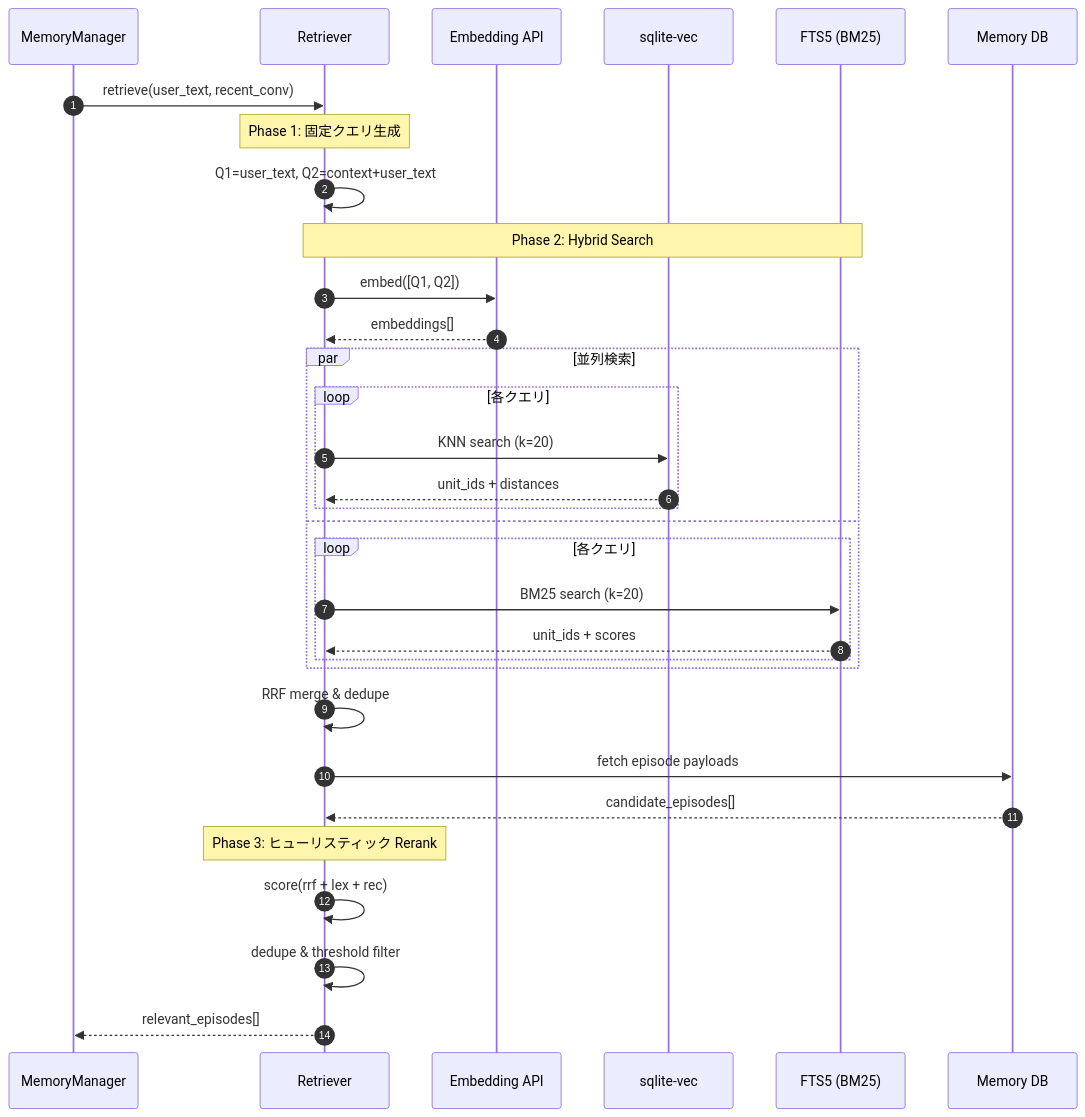
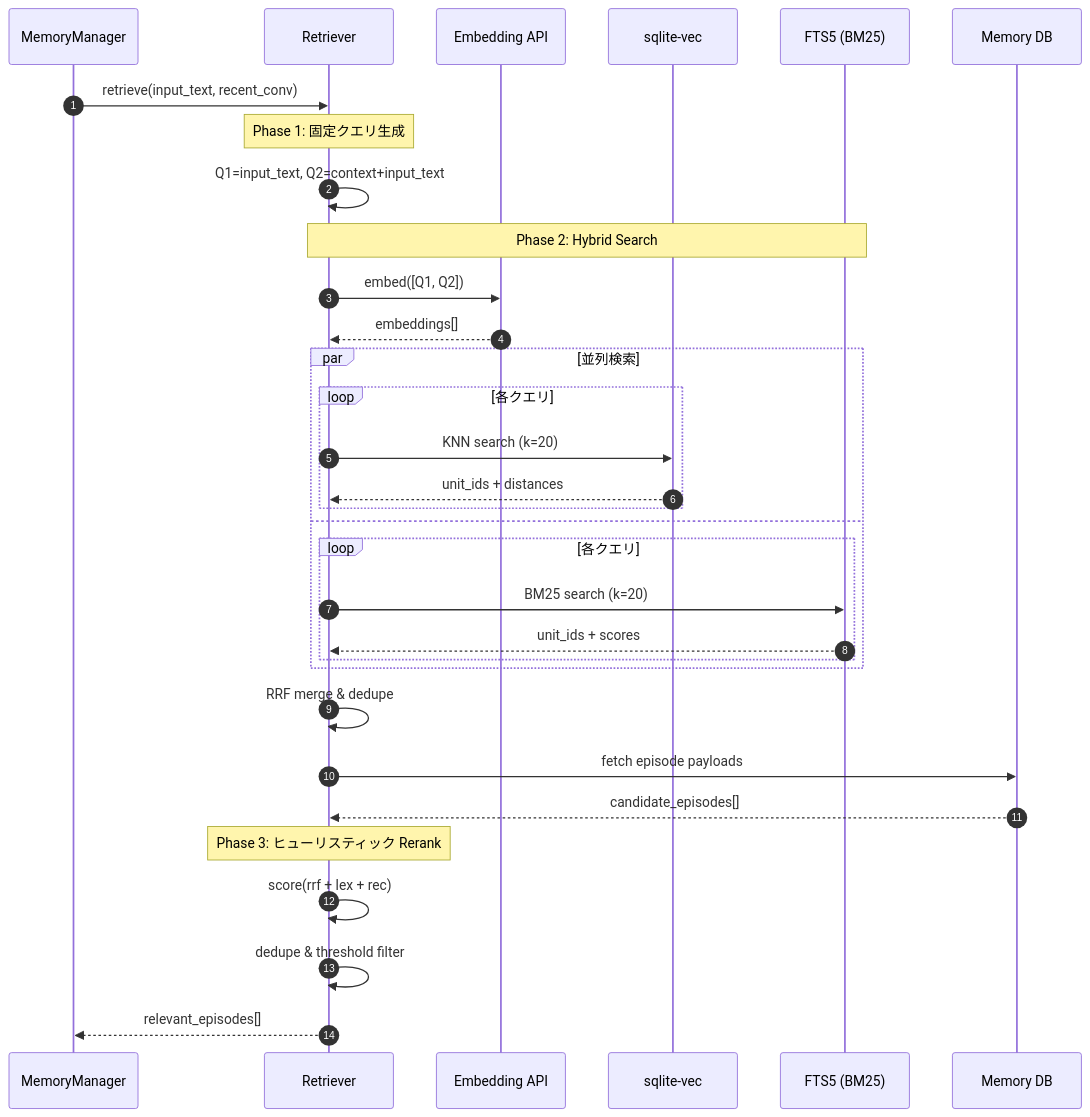
The diagram in docs/retrieval.md (hirona98/cocoro_ghost), drawn with Mermaid before and after one commit. The commit also changed other lines of this file and 19 other files, not shown here.

````diff
--- a/docs/retrieval.md
+++ b/docs/retrieval.md
@@ -50,39 +50,39 @@
 ```mermaid
 sequenceDiagram
     autonumber
     participant MM as MemoryManager
     participant RET as Retriever
     participant EMB as Embedding API
     participant VEC as sqlite-vec
     participant FTS as FTS5 (BM25)
     participant DB as Memory DB
 
-    MM->>RET: retrieve(user_text, recent_conv)
+    MM->>RET: retrieve(input_text, recent_conv)
 
     Note over RET: Phase 1: 固定クエリ生成
-    RET->>RET: Q1=user_text, Q2=context+user_text
+    RET->>RET: Q1=input_text, Q2=context+input_text
 
     Note over RET,FTS: Phase 2: Hybrid Search
     RET->>EMB: embed([Q1, Q2])
     EMB-->>RET: embeddings[]
     par 並列検索
         loop 各クエリ
             RET->>VEC: KNN search (k=20)
             VEC-->>RET: unit_ids + distances
         end
     and
         loop 各クエリ
             RET->>FTS: BM25 search (k=20)
             FTS-->>RET: unit_ids + scores
         end
     end
     RET->>RET: RRF merge & dedupe
     RET->>DB: fetch episode payloads
     DB-->>RET: candidate_episodes[]
 
     Note over RET: Phase 3: ヒューリスティック Rerank
     RET->>RET: score(rrf + lex + rec)
     RET->>RET: dedupe & threshold filter
 
     RET-->>MM: relevant_episodes[]
 ```
````
